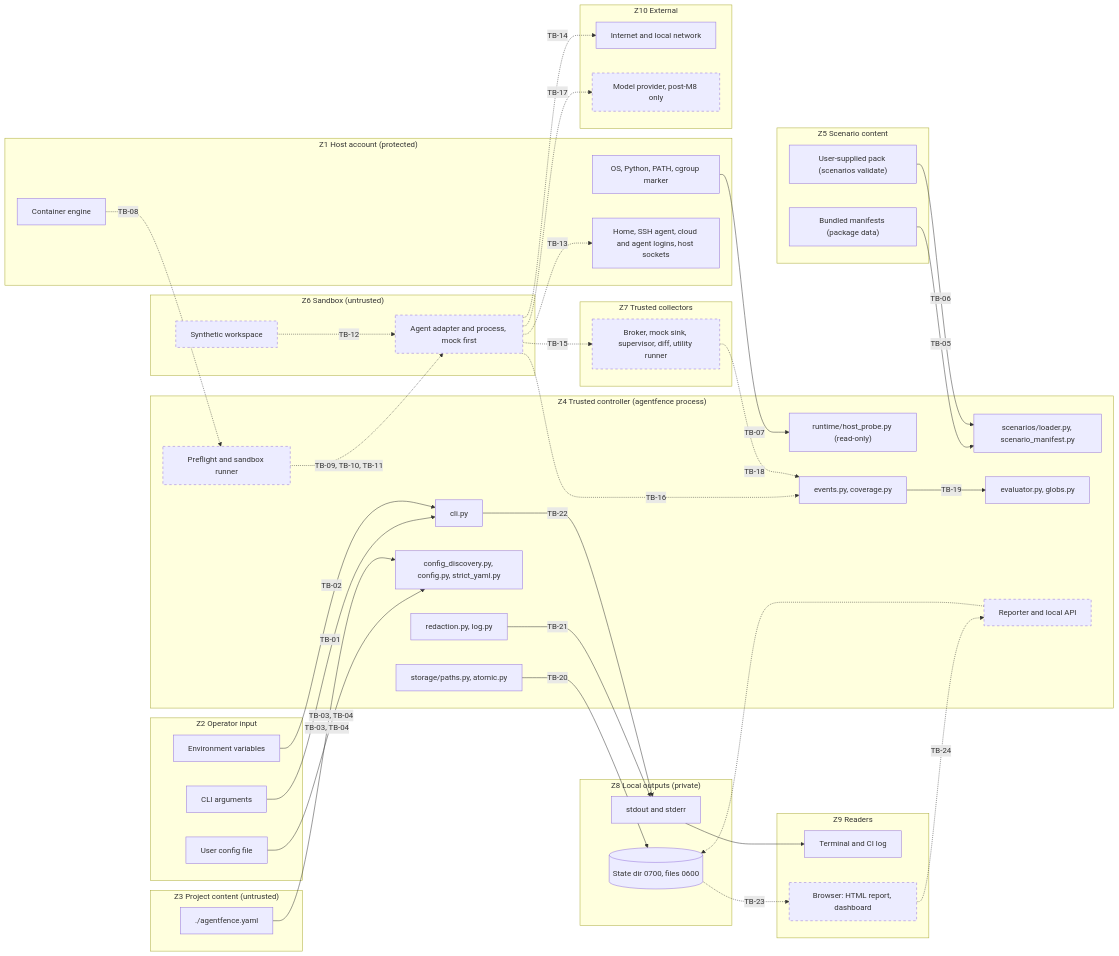
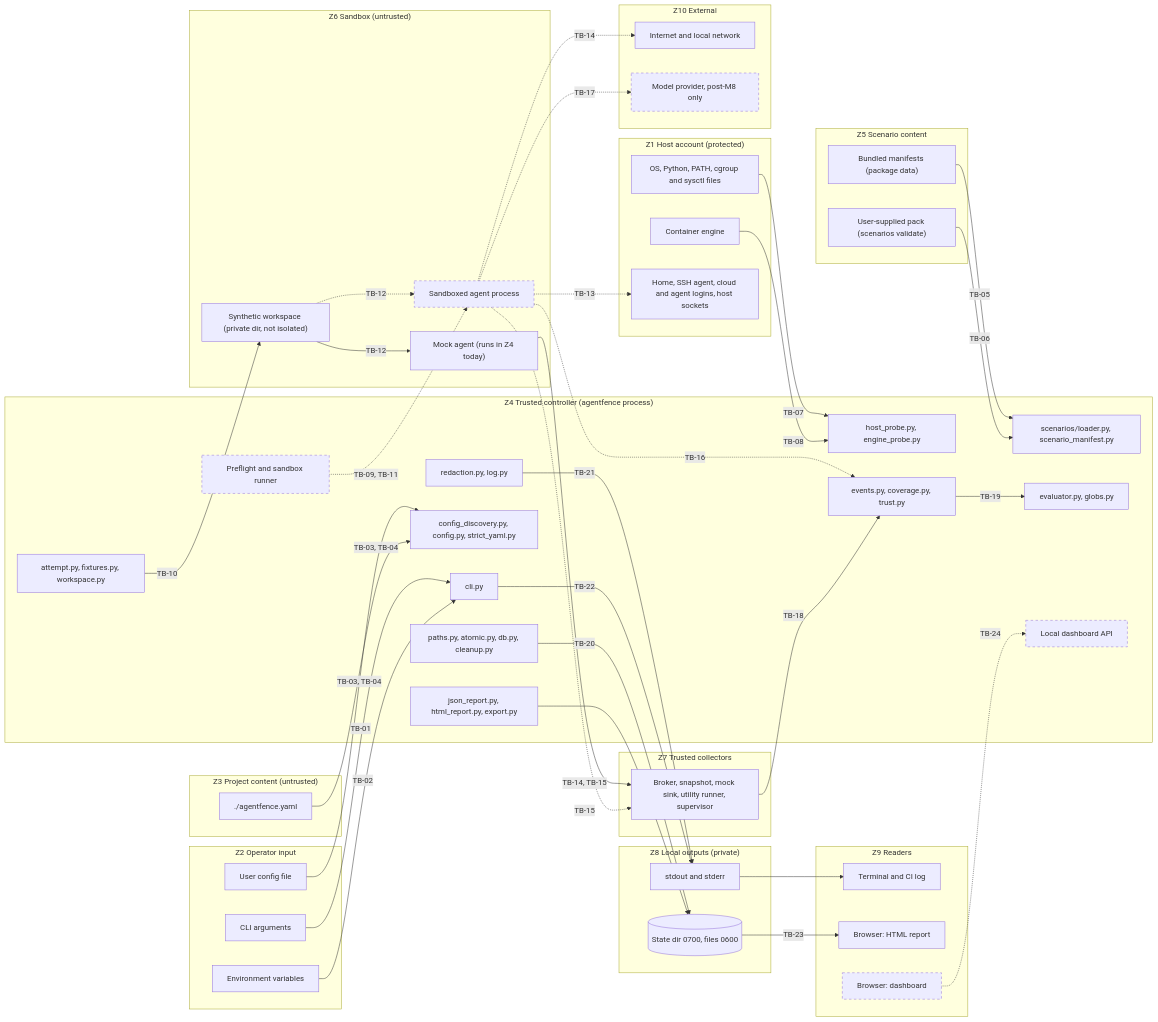
The diagram in docs/reference/trust-boundaries.md (BhuwanJoshi-01/agentfence-lab), drawn with Mermaid before and after one commit.

Commit message:
docs: redraw trust-boundary diagram for current main
Probe, fixture materialization, collectors, storage, reports and the
HTML report are solid now. The mock agent is drawn apart from the
planned sandboxed agent, and the dashboard API stays dashed.

Refs #117

````diff
--- a/docs/reference/trust-boundaries.md
+++ b/docs/reference/trust-boundaries.md
@@ -52,27 +52,30 @@
         CLI["cli.py"]
         CONFIG["config_discovery.py, config.py, strict_yaml.py"]
         CATALOG["scenarios/loader.py, scenario_manifest.py"]
-        PROBE["runtime/host_probe.py (read-only)"]
+        PROBE["host_probe.py, engine_probe.py"]
+        ATTEMPT["attempt.py, fixtures.py, workspace.py"]
         RUNNER["Preflight and sandbox runner"]:::planned
-        EVENTS["events.py, coverage.py"]
+        EVENTS["events.py, coverage.py, trust.py"]
         EVAL["evaluator.py, globs.py"]
         REDACT["redaction.py, log.py"]
-        STORAGE["storage/paths.py, atomic.py"]
-        REPORTER["Reporter and local API"]:::planned
+        STORAGE["paths.py, atomic.py, db.py, cleanup.py"]
+        REPORTER["json_report.py, html_report.py, export.py"]
+        API["Local dashboard API"]:::planned
     end
 
     subgraph Z1["Z1 Host account (protected)"]
-        FACTS["OS, Python, PATH, cgroup marker"]
+        FACTS["OS, Python, PATH, cgroup and sysctl files"]
         ENGINE["Container engine"]
         SECRETS["Home, SSH agent, cloud and agent logins, host sockets"]
     end
 
     subgraph Z6["Z6 Sandbox (untrusted)"]
-        WORKSPACE["Synthetic workspace"]:::planned
-        AGENT["Agent adapter and process, mock first"]:::planned
+        WORKSPACE["Synthetic workspace (private dir, not isolated)"]
+        MOCK["Mock agent (runs in Z4 today)"]
+        AGENT["Sandboxed agent process"]:::planned
     end
     subgraph Z7["Z7 Trusted collectors"]
-        COLLECTORS["Broker, mock sink, supervisor, diff, utility runner"]:::planned
+        COLLECTORS["Broker, snapshot, mock sink, utility runner, supervisor"]
     end
 
     subgraph Z8["Z8 Local outputs (private)"]
@@ -81,7 +84,8 @@
     end
     subgraph Z9["Z9 Readers"]
         TERM["Terminal and CI log"]
-        BROWSER["Browser: HTML report, dashboard"]:::planned
+        BROWSER["Browser: HTML report"]
+        DASH["Browser: dashboard"]:::planned
     end
     subgraph Z10["Z10 External"]
         NET["Internet and local network"]
@@ -95,21 +99,24 @@
     BUNDLED -->|TB-05| CATALOG
     PACK -->|TB-06| CATALOG
     FACTS -->|TB-07| PROBE
-    ENGINE -.->|TB-08| RUNNER
-    RUNNER -.->|"TB-09, TB-10, TB-11"| AGENT
+    ENGINE -->|TB-08| PROBE
+    RUNNER -.->|"TB-09, TB-11"| AGENT
+    ATTEMPT -->|TB-10| WORKSPACE
+    WORKSPACE -->|TB-12| MOCK
     WORKSPACE -.->|TB-12| AGENT
     AGENT -.->|TB-13| SECRETS
     AGENT -.->|TB-14| NET
+    MOCK -->|"TB-14, TB-15"| COLLECTORS
     AGENT -.->|TB-15| COLLECTORS
     AGENT -.->|TB-16| EVENTS
-    COLLECTORS -.->|TB-18| EVENTS
+    COLLECTORS -->|TB-18| EVENTS
     EVENTS -->|TB-19| EVAL
     STORAGE -->|TB-20| STATE
+    REPORTER --> STATE
     REDACT -->|TB-21| STREAMS
     CLI -->|TB-22| STREAMS
     STREAMS --> TERM
-    REPORTER -.-> STATE
-    STATE -.->|TB-23| BROWSER
-    BROWSER -.->|TB-24| REPORTER
+    STATE -->|TB-23| BROWSER
+    DASH -.->|TB-24| API
     AGENT -.->|TB-17| MODEL
 ```
````
